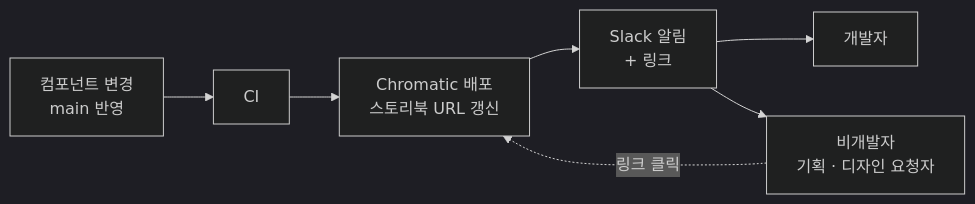
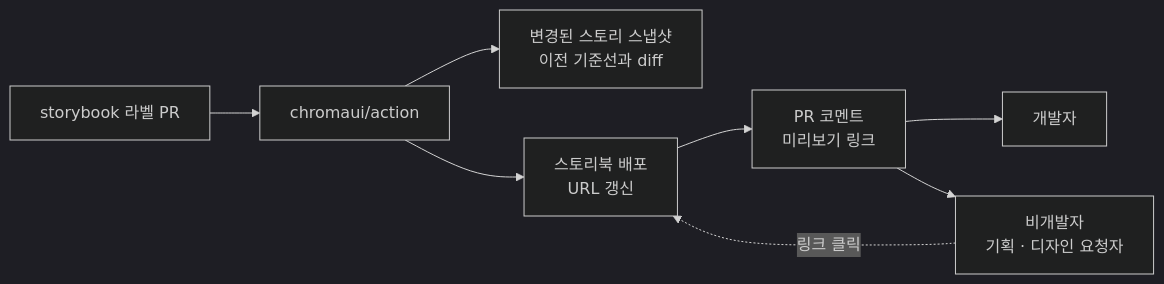
The fifth of 6 diagrams in src/content/post/blog/design-system-shadcn-stack.mdx (dydals3440/YOLOG), drawn with Mermaid (dark theme) before and after one commit. The commit also changed other lines of this file, not shown here.

Commit message:
docs: 사내 스토리북 도입기

````diff
--- a/src/content/post/blog/design-system-shadcn-stack.mdx
+++ b/src/content/post/blog/design-system-shadcn-stack.mdx
@@ -395,9 +449,10 @@
 ```mermaid
 flowchart LR
-    PR["컴포넌트 변경<br/>main 반영"] --> CI["CI"]
-    CI --> CH["Chromatic 배포<br/>스토리북 URL 갱신"]
-    CH --> SL["Slack 알림<br/>+ 링크"]
-    SL --> D["개발자"]
-    SL --> N["비개발자<br/>기획 · 디자인 요청자"]
-    N -.->|"링크 클릭"| CH
+    PR["storybook 라벨 PR"] --> CI["chromaui/action"]
+    CI --> SNAP["변경된 스토리 스냅샷<br/>이전 기준선과 diff"]
+    CI --> HOST["스토리북 배포<br/>URL 갱신"]
+    HOST --> CM["PR 코멘트<br/>미리보기 링크"]
+    CM --> D["개발자"]
+    CM --> N["비개발자<br/>기획 · 디자인 요청자"]
+    N -.->|"링크 클릭"| HOST
 ```
````
